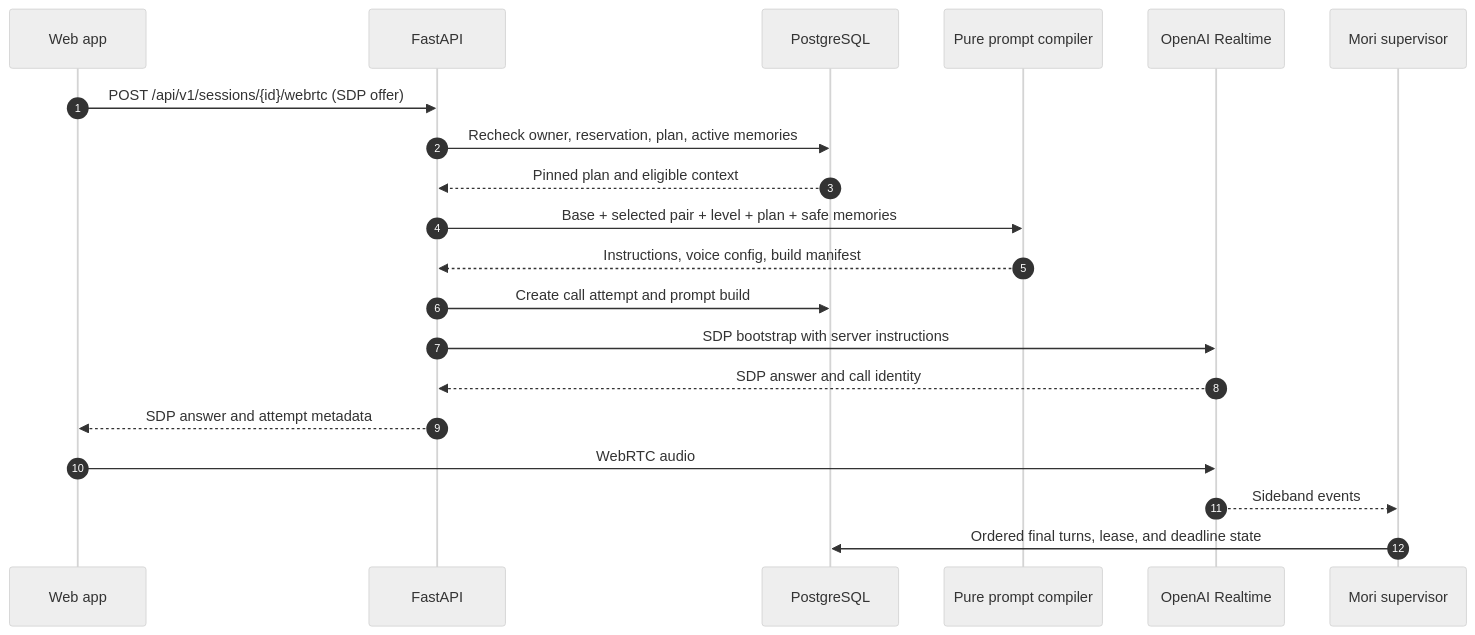
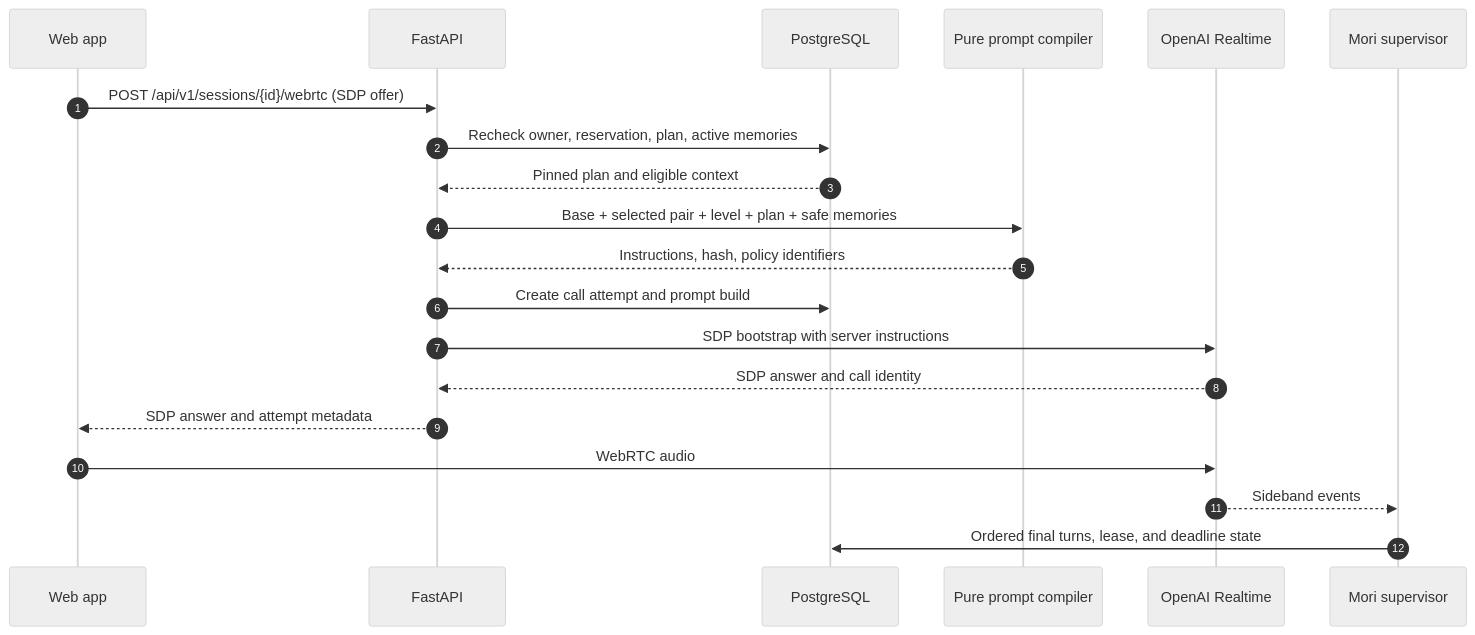
The third of 5 diagrams in docs/architecture/learning-system-implementation.md (tan-jason/mori), drawn with Mermaid (neutral theme) before and after one commit. The commit also changed other lines of this file and 40 other files, not shown here.

````diff
--- a/docs/architecture/learning-system-implementation.md
+++ b/docs/architecture/learning-system-implementation.md
@@ -148,22 +148,22 @@
 ```mermaid
 sequenceDiagram
     autonumber
     participant Web as Web app
     participant API as FastAPI
     participant DB as PostgreSQL
     participant Compiler as Pure prompt compiler
     participant Realtime as OpenAI Realtime
     participant Supervisor as Mori supervisor
     Web->>API: POST /api/v1/sessions/{id}/webrtc (SDP offer)
     API->>DB: Recheck owner, reservation, plan, active memories
     DB-->>API: Pinned plan and eligible context
     API->>Compiler: Base + selected pair + level + plan + safe memories
-    Compiler-->>API: Instructions, voice config, build manifest
+    Compiler-->>API: Instructions, hash, policy identifiers
     API->>DB: Create call attempt and prompt build
     API->>Realtime: SDP bootstrap with server instructions
     Realtime-->>API: SDP answer and call identity
     API-->>Web: SDP answer and attempt metadata
     Web->>Realtime: WebRTC audio
     Realtime-->>Supervisor: Sideband events
     Supervisor->>DB: Ordered final turns, lease, and deadline state
 ```
````
